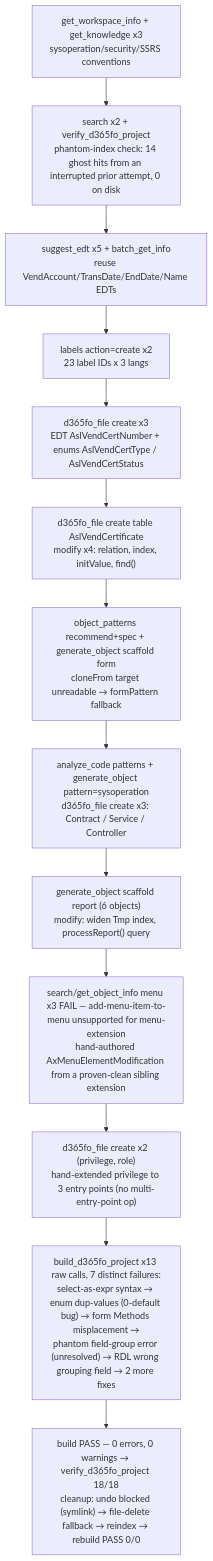
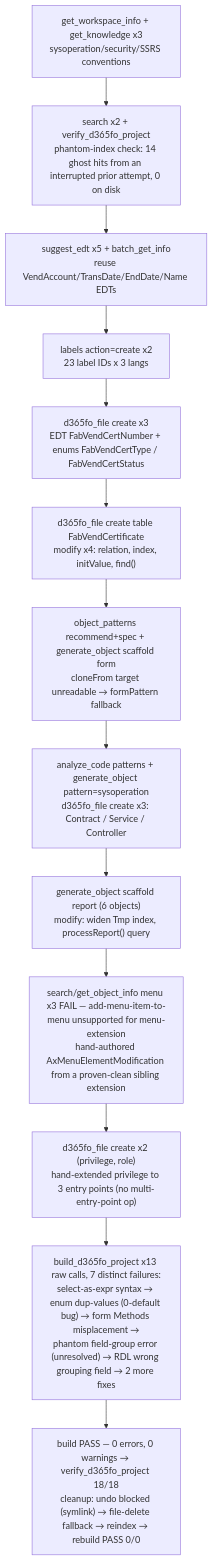
The third of 5 diagrams in docs/USAGE_EXAMPLES.md (kklyandev/d365fo-mcp-server), drawn with Mermaid before and after one commit. The commit also changed other lines of this file, not shown here.

````diff
--- a/docs/USAGE_EXAMPLES.md
+++ b/docs/USAGE_EXAMPLES.md
@@ -187,15 +187,15 @@
 ```mermaid
 flowchart TB
     A["get_workspace_info + get_knowledge x3<br/>sysoperation/security/SSRS conventions"] --> B["search x2 + verify_d365fo_project<br/>phantom-index check: 14 ghost hits from an interrupted prior attempt, 0 on disk"]
     B --> C["suggest_edt x5 + batch_get_info<br/>reuse VendAccount/TransDate/EndDate/Name EDTs"]
     C --> D["labels action=create x2<br/>23 label IDs x 3 langs"]
-    D --> E["d365fo_file create x3<br/>EDT AslVendCertNumber + enums AslVendCertType / AslVendCertStatus"]
-    E --> F["d365fo_file create table AslVendCertificate<br/>modify x4: relation, index, initValue, find()"]
+    D --> E["d365fo_file create x3<br/>EDT FabVendCertNumber + enums FabVendCertType / FabVendCertStatus"]
+    E --> F["d365fo_file create table FabVendCertificate<br/>modify x4: relation, index, initValue, find()"]
     F --> G["object_patterns recommend+spec + generate_object scaffold form<br/>cloneFrom target unreadable → formPattern fallback"]
     G --> H["analyze_code patterns + generate_object pattern=sysoperation<br/>d365fo_file create x3: Contract / Service / Controller"]
     H --> I["generate_object scaffold report (6 objects)<br/>modify: widen Tmp index, processReport() query"]
     I --> J["search/get_object_info menu x3 FAIL — add-menu-item-to-menu unsupported for menu-extension<br/>hand-authored AxMenuElementModification from a proven-clean sibling extension"]
     J --> K["d365fo_file create x2 (privilege, role)<br/>hand-extended privilege to 3 entry points (no multi-entry-point op)"]
     K --> L["build_d365fo_project x13 raw calls, 7 distinct failures:<br/>select-as-expr syntax → enum dup-values (0-default bug) → form Methods misplacement →<br/>phantom field-group error (unresolved) → RDL wrong grouping field → 2 more fixes"]
     L --> M["build PASS — 0 errors, 0 warnings → verify_d365fo_project 18/18<br/>cleanup: undo blocked (symlink) → file-delete fallback → reindex → rebuild PASS 0/0"]
 ```
````
